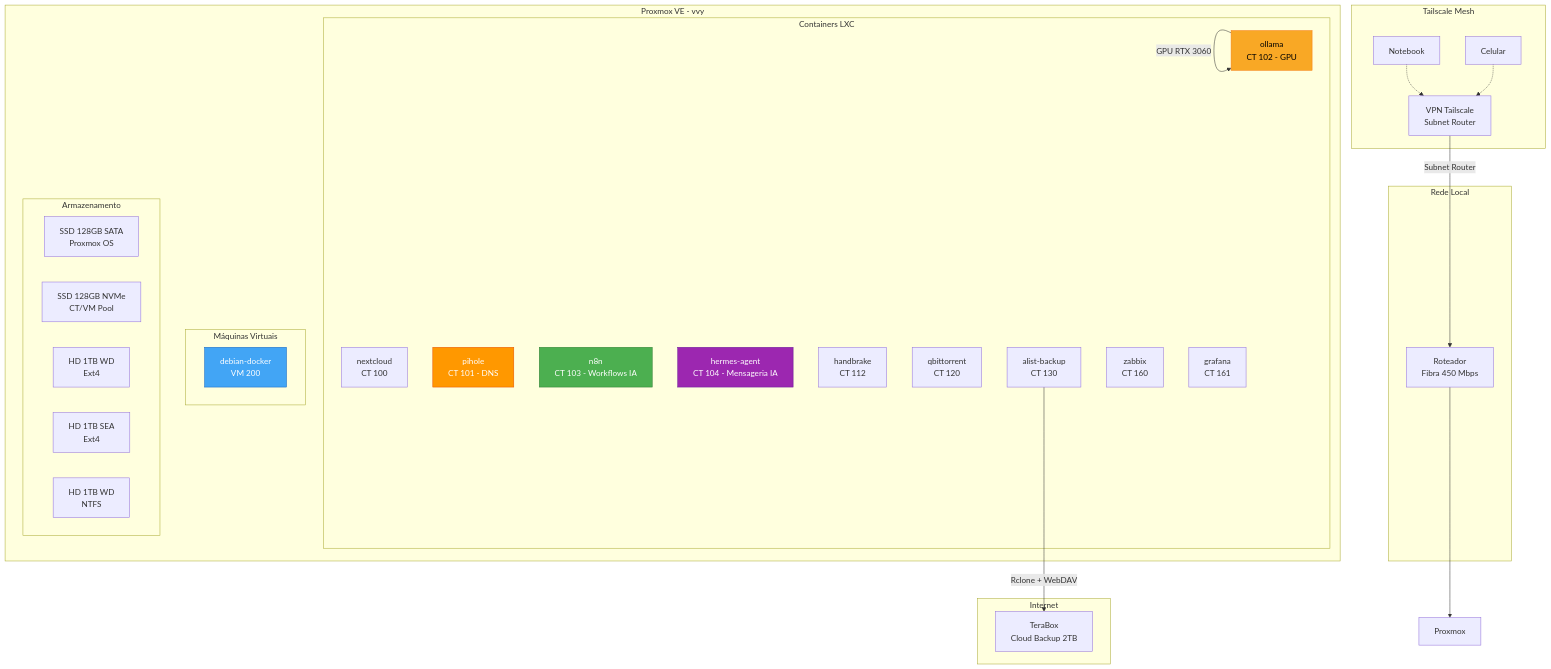
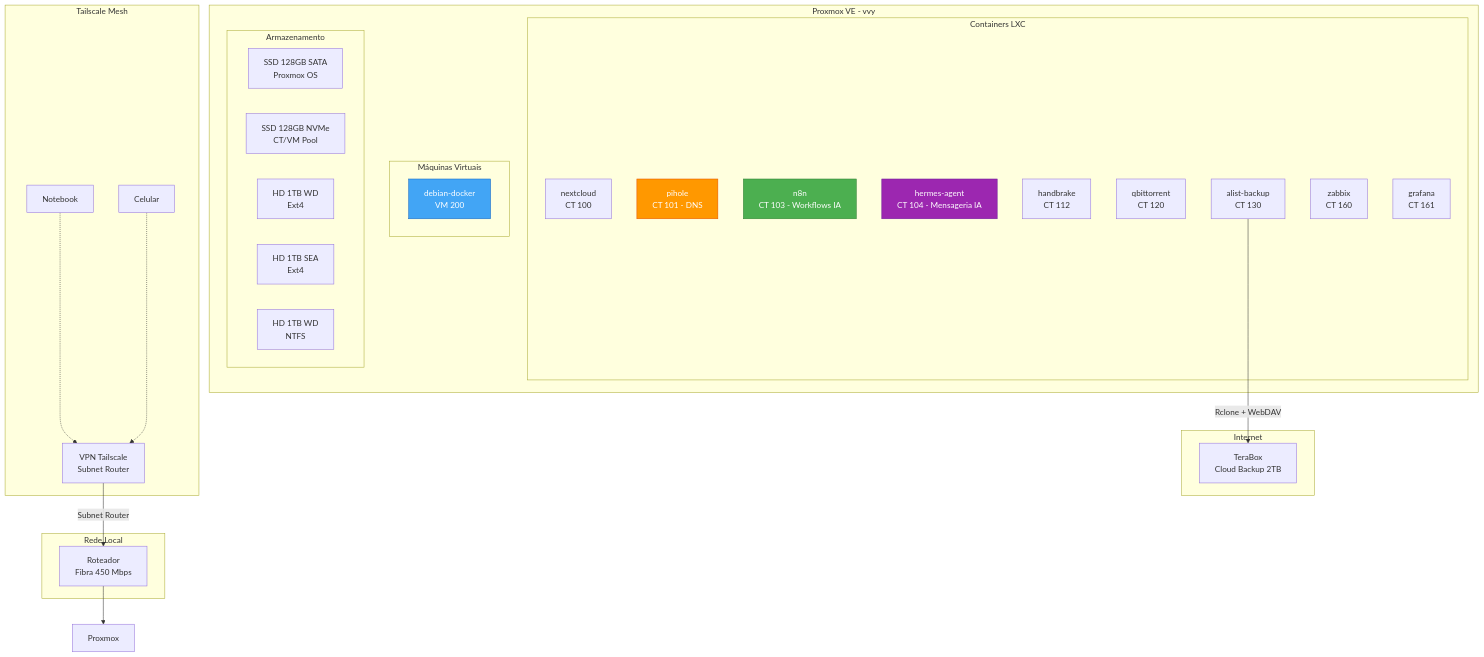
The diagram in README.md (mviniciusy/vvy-homelab), drawn with Mermaid before and after one commit. The commit also changed other lines of this file and 12 other files, not shown here.

Commit message:
sync: remoção RTX 3060 — limpeza GPU NVIDIA e Ollama

````diff
--- a/README.md
+++ b/README.md
@@ -11,56 +11,53 @@
 ```mermaid
 graph TB
     subgraph Internet
         TeraBox[TeraBox<br/>Cloud Backup 2TB]
     end
 
     subgraph Rede Local
         Router[Roteador<br/>Fibra 450 Mbps]
     end
 
     subgraph Tailscale Mesh
         TS[VPN Tailscale<br/>Subnet Router]
         NB[Notebook]
         Phone[Celular]
     end
 
     subgraph Proxmox VE - vvy
         subgraph Containers LXC
             NC[nextcloud<br/>CT 100]
             PH[pihole<br/>CT 101 - DNS]
-            OL[ollama<br/>CT 102 - GPU]
-            N8N[n8n<br/>CT 103 - Workflows IA]
+                       N8N[n8n<br/>CT 103 - Workflows IA]
             HER[hermes-agent<br/>CT 104 - Mensageria IA]
             HB[handbrake<br/>CT 112]
             QB[qbittorrent<br/>CT 120]
             AL[alist-backup<br/>CT 130]
             ZB[zabbix<br/>CT 160]
             GF[grafana<br/>CT 161]
         end
 
         subgraph Máquinas Virtuais
             DK[debian-docker<br/>VM 200]
         end
 
         subgraph Armazenamento
             SSD1[SSD 128GB SATA<br/>Proxmox OS]
             SSD2[SSD 128GB NVMe<br/>CT/VM Pool]
             HD1[HD 1TB WD<br/>Ext4]
             HD2[HD 1TB SEA<br/>Ext4]
             HD3[HD 1TB WD<br/>NTFS]
         end
     end
 
     Router --> Proxmox
     TS --> |Subnet Router| Router
     NB -.-> TS
     Phone -.-> TS
     AL -->|Rclone + WebDAV| TeraBox
-    OL -->|GPU RTX 3060| OL
-
-    style OL fill:#f9a825,stroke:#f57f17,color:#000
-    style N8N fill:#4caf50,stroke:#2e7d32,color:#fff
+   
+       style N8N fill:#4caf50,stroke:#2e7d32,color:#fff
     style HER fill:#9c27b0,stroke:#6a1b9a,color:#fff
     style DK fill:#42a5f5,stroke:#1565c0,color:#fff
     style PH fill:#ff9800,stroke:#e65100,color:#fff
 ```
````
